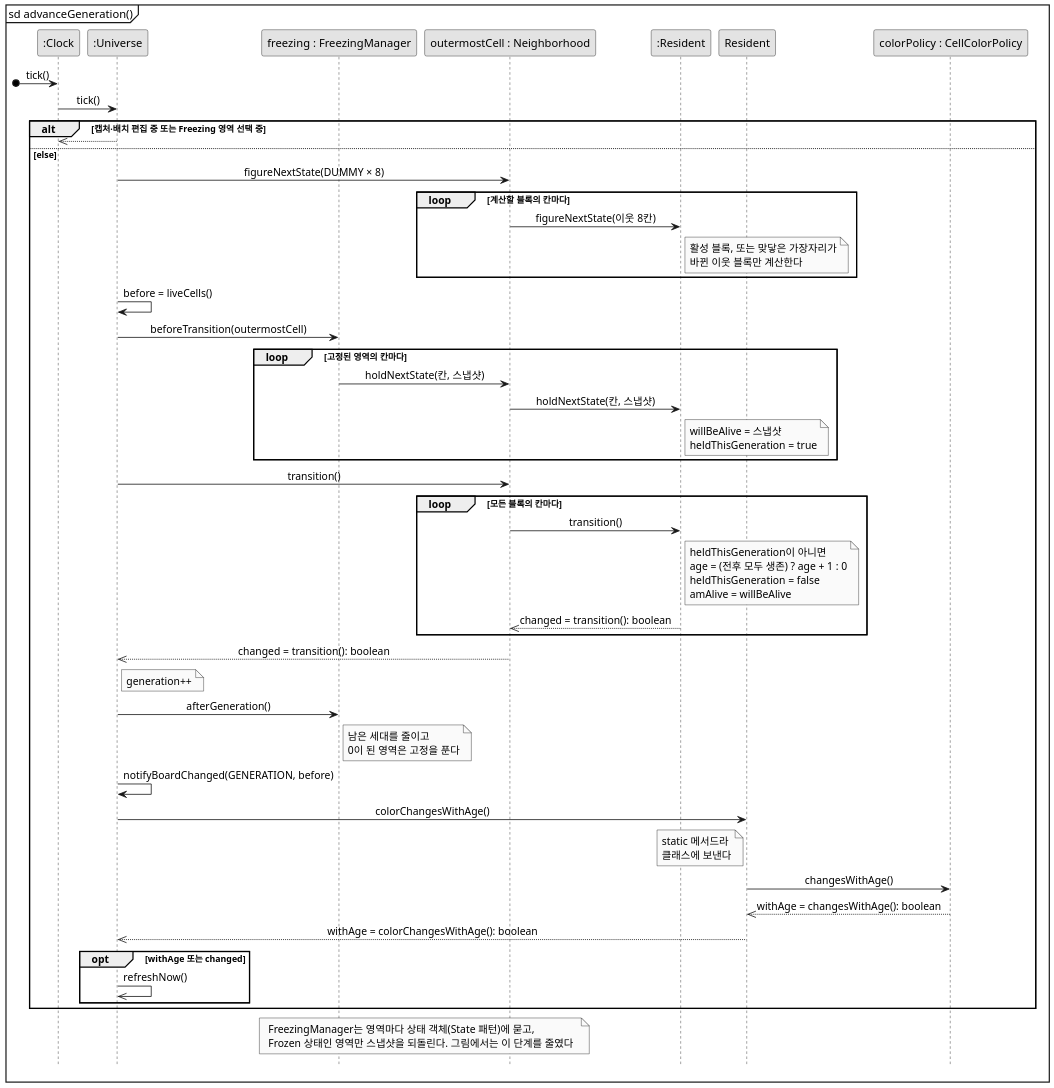
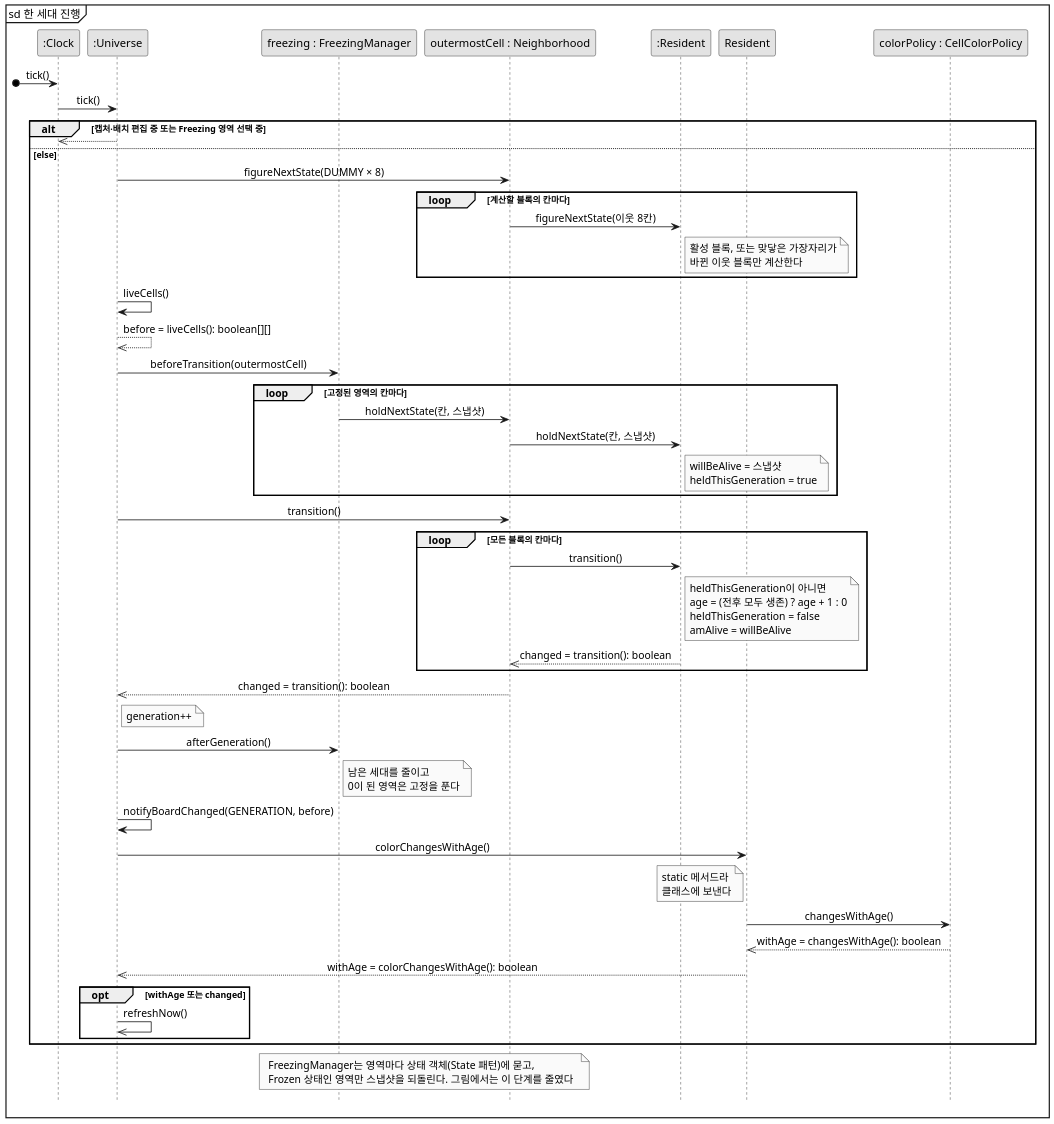
The diagram in docs/color-gen/diagrams/sd-tick-after.puml (mckimR1972/DP_team_project), drawn with PlantUML before and after one commit. The commit also changed 8 other files, not shown here.

Commit message:
docs: 시스템 연산을 stepOneGeneration()으로 바꾸고 Step One Generation SSD를 더하며 연산 계약 CO3와 한 세대 진행 시퀀스 다이어그램, 1.2·3.2·3.3.1절 설명을 코드에 맞춤

```diff
--- a/docs/color-gen/diagrams/sd-tick-after.puml
+++ b/docs/color-gen/diagrams/sd-tick-after.puml
@@ -1,61 +1,62 @@
 @startuml sd-tick-after
 skinparam monochrome true
 skinparam dpi 150
 skinparam shadowing false
 skinparam defaultFontName "Malgun Gothic"
 skinparam sequenceMessageAlign center
 hide footbox
-mainframe sd advanceGeneration()
+mainframe sd 한 세대 진행
 
 participant ":Clock" as C
 participant ":Universe" as U
 participant "freezing : FreezingManager" as F
 participant "outermostCell : Neighborhood" as N
 participant ":Resident" as R
 participant "Resident" as RC
 participant "colorPolicy : CellColorPolicy" as P
 
 [o-> C : tick()
 C -> U : tick()
 
 alt 캡처·배치 편집 중 또는 Freezing 영역 선택 중
   U -->> C
 else else
   U -> N : figureNextState(DUMMY × 8)
   loop 계산할 블록의 칸마다
     N -> R : figureNextState(이웃 8칸)
     note right of R : 활성 블록, 또는 맞닿은 가장자리가\n바뀐 이웃 블록만 계산한다
   end
-  U -> U : before = liveCells()
+  U -> U : liveCells()
+  U -->> U : before = liveCells(): boolean[][]
 
   U -> F : beforeTransition(outermostCell)
   loop 고정된 영역의 칸마다
     F -> N : holdNextState(칸, 스냅샷)
     N -> R : holdNextState(칸, 스냅샷)
     note right of R : willBeAlive = 스냅샷\nheldThisGeneration = true
   end
 
   U -> N : transition()
   loop 모든 블록의 칸마다
     N -> R : transition()
     note right of R : heldThisGeneration이 아니면\nage = (전후 모두 생존) ? age + 1 : 0\nheldThisGeneration = false\namAlive = willBeAlive
     R -->> N : changed = transition(): boolean
   end
   N -->> U : changed = transition(): boolean
   note right of U : generation++
 
   U -> F : afterGeneration()
   note right of F : 남은 세대를 줄이고\n0이 된 영역은 고정을 푼다
   U -> U : notifyBoardChanged(GENERATION, before)
 
   U -> RC : colorChangesWithAge()
   note left of RC : static 메서드라\n클래스에 보낸다
   RC -> P : changesWithAge()
   P -->> RC : withAge = changesWithAge(): boolean
   RC -->> U : withAge = colorChangesWithAge(): boolean
   opt withAge 또는 changed
     U ->> U : refreshNow()
   end
 end
 note over F, N : FreezingManager는 영역마다 상태 객체(State 패턴)에 묻고,\nFrozen 상태인 영역만 스냅샷을 되돌린다. 그림에서는 이 단계를 줄였다
 @enduml
```
